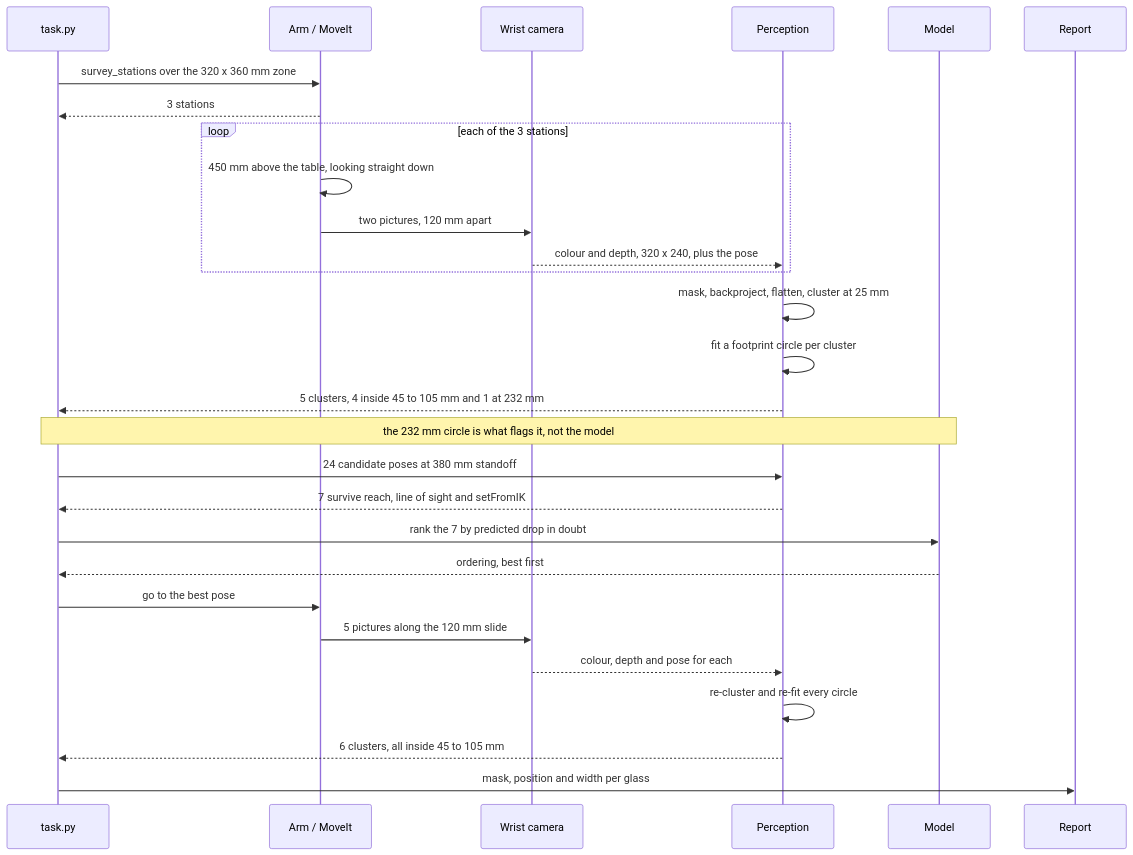
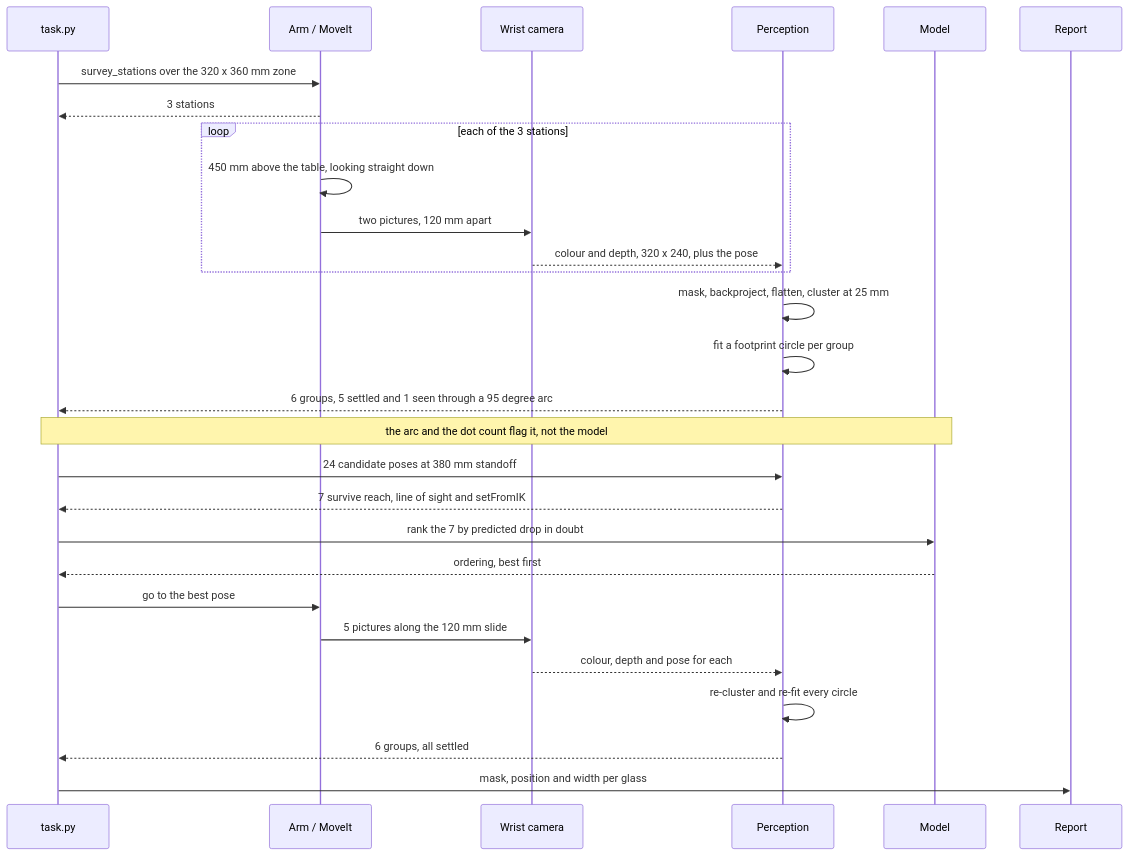
Before and after one commit to RobinNagpal/robot-arm-projects: the first of 3 diagrams in v5-pick-glasses/docs/problem-2/solutions/04-learned-doubt-steers-the-next-picture.md, drawn with Mermaid. The commit also changed other lines of this file and 5 other files, not shown here.

````diff
--- a/v5-pick-glasses/docs/problem-2/solutions/04-learned-doubt-steers-the-next-picture.md
+++ b/v5-pick-glasses/docs/problem-2/solutions/04-learned-doubt-steers-the-next-picture.md
@@ -174,31 +185,31 @@
 ```mermaid
 sequenceDiagram
     participant T as task.py
     participant A as Arm / MoveIt
     participant C as Wrist camera
     participant P as Perception
     participant M as Model
     participant R as Report
 
     T->>A: survey_stations over the 320 x 360 mm zone
     A-->>T: 3 stations
     loop each of the 3 stations
         A->>A: 450 mm above the table, looking straight down
         A->>C: two pictures, 120 mm apart
         C-->>P: colour and depth, 320 x 240, plus the pose
     end
     P->>P: mask, backproject, flatten, cluster at 25 mm
-    P->>P: fit a footprint circle per cluster
-    P-->>T: 5 clusters, 4 inside 45 to 105 mm and 1 at 232 mm
-    Note over T,M: the 232 mm circle is what flags it, not the model
+    P->>P: fit a footprint circle per group
+    P-->>T: 6 groups, 5 settled and 1 seen through a 95 degree arc
+    Note over T,M: the arc and the dot count flag it, not the model
     T->>P: 24 candidate poses at 380 mm standoff
     P-->>T: 7 survive reach, line of sight and setFromIK
     T->>M: rank the 7 by predicted drop in doubt
     M-->>T: ordering, best first
     T->>A: go to the best pose
     A->>C: 5 pictures along the 120 mm slide
     C-->>P: colour, depth and pose for each
     P->>P: re-cluster and re-fit every circle
-    P-->>T: 6 clusters, all inside 45 to 105 mm
+    P-->>T: 6 groups, all settled
     T->>R: mask, position and width per glass
 ```
````
